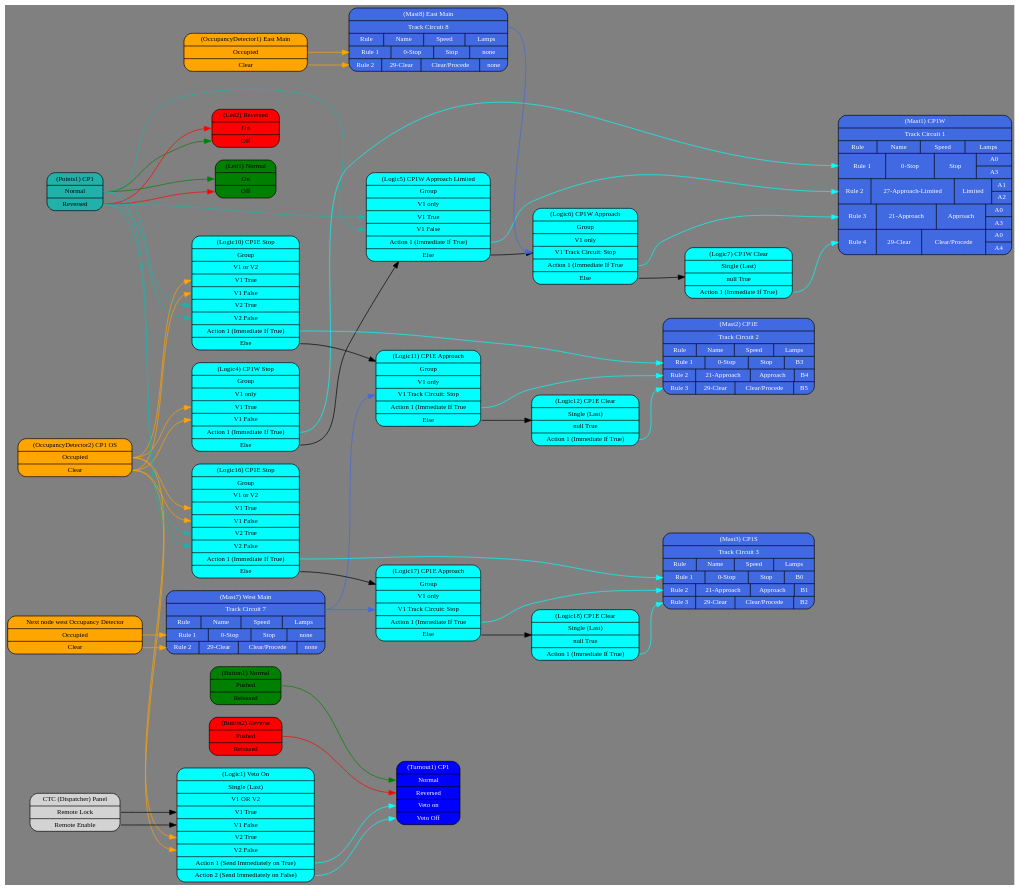
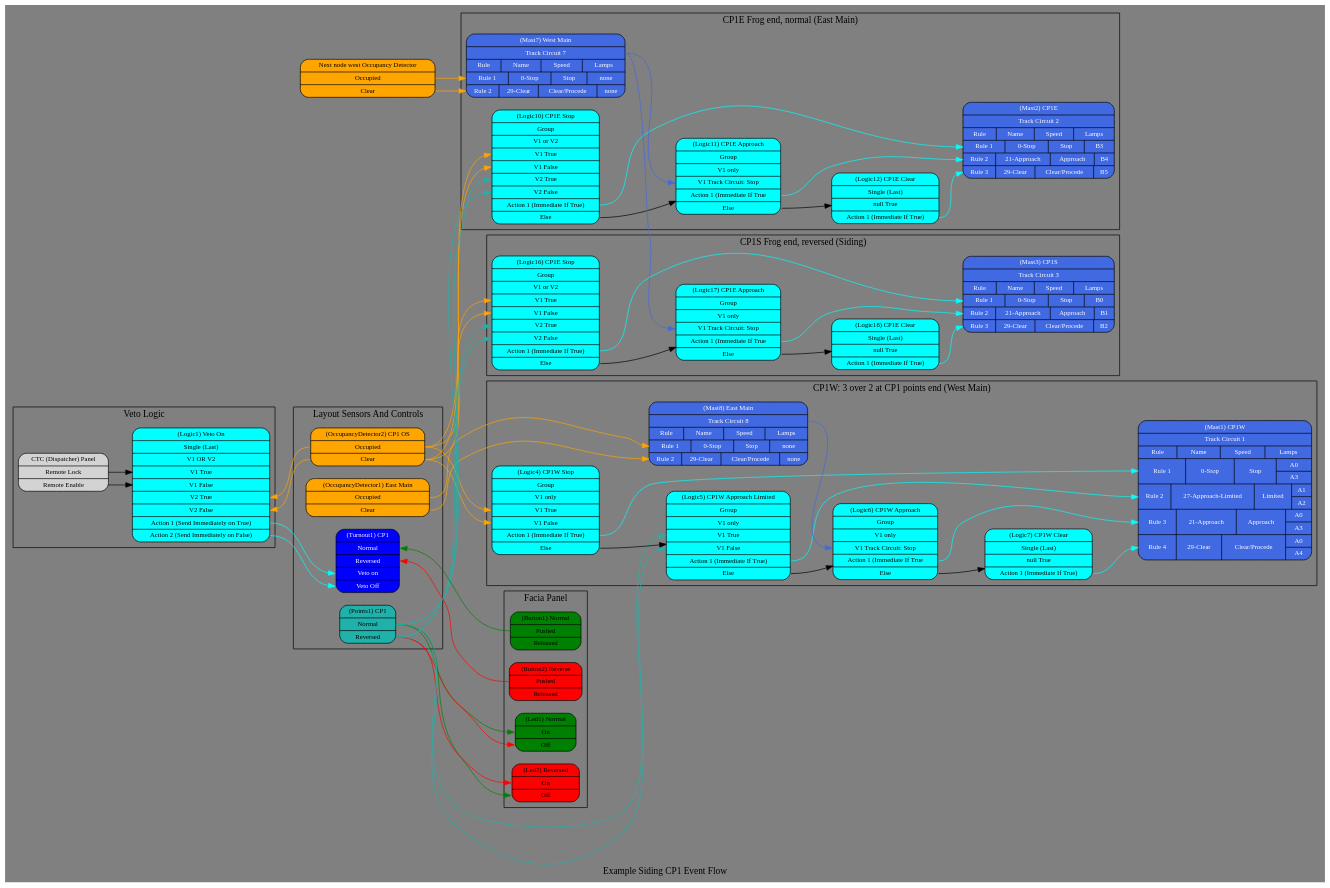
The diagram in ESP32-T7S3-MultiFunctionUniversalTurnout/KitBooklet/ExampleSidingCP1_EventFlow.gv (RobertPHeller/ESP32-LCC), drawn with Graphviz before and after one commit.

Commit message:
Update ExampleSidingCP1_EventFlow: add subgraph clusters and graph and cluster labels.

```diff
--- a/ESP32-T7S3-MultiFunctionUniversalTurnout/KitBooklet/ExampleSidingCP1_EventFlow.gv
+++ b/ESP32-T7S3-MultiFunctionUniversalTurnout/KitBooklet/ExampleSidingCP1_EventFlow.gv
@@ -1,115 +1,135 @@
-digraph G {
+digraph ExampleSidingCP1_EventFlow {
+    label="Example Siding CP1 Event Flow";
     bgcolor="gray";
     rankdir=LR;
     /*nodesep=0.5;*/
     node [shape=Mrecord, style="filled"];
-    /* Occupancy Detectors */
-    OC1 [fontsize="10", fillcolor="orange", 
-        label ="(OccupancyDetector1) East Main|<occupied> Occupied|<clear> Clear"];
-    OC2 [fontsize="10", fillcolor="orange", 
-        label ="(OccupancyDetector2) CP1 OS|<occupied> Occupied|<clear> Clear"];
-    /* Turnout motors */
-    Turnout1 [fontsize="10", fillcolor="blue", fontcolor="white",
-        label ="(Turnout1) CP1|<normal> Normal|<reversed> Reversed|<veto> Veto on|<enable> Veto Off"];
-    /* Turnout Points */
-    Points1 [fontsize="10", fillcolor="LightSeaGreen", 
-        label ="(Points1) CP1|<normal> Normal|<reversed> Reversed"];
+    subgraph clusterSensorsAndControls {
+        label="Layout Sensors And Controls";
+        /* Occupancy Detectors */
+        OC1 [fontsize="10", fillcolor="orange", 
+            label ="(OccupancyDetector1) East Main|<occupied> Occupied|<clear> Clear"];
+        OC2 [fontsize="10", fillcolor="orange", 
+            label ="(OccupancyDetector2) CP1 OS|<occupied> Occupied|<clear> Clear"];
+        /* Turnout motors */
+        Turnout1 [fontsize="10", fillcolor="blue", fontcolor="white",
+            label ="(Turnout1) CP1|<normal> Normal|<reversed> Reversed|<veto> Veto on|<enable> Veto Off"];
+        /* Turnout Points */
+        Points1 [fontsize="10", fillcolor="LightSeaGreen", 
+            label ="(Points1) CP1|<normal> Normal|<reversed> Reversed"];
+    }
     /* Facia Panel */
-    /* Buttons */
-    button1 [fontsize="10", fillcolor="green", label ="(Button1) Normal|<on> Pushed|<off> Released"];
-    button2 [fontsize="10", fillcolor="red", label ="(Button2) Reverse|<on> Pushed|<off> Released"];
-    /* LEDs */
-    led1 [fontsize="10", fillcolor="green", label ="(Led1) Normal|<on> On|<off> Off"];
-    led2 [fontsize="10", fillcolor="red",   label ="(Led2) Reversed|<on> On|<off> Off"];
-    button1:on -> Turnout1:normal   [color="green"];
-    button2:on -> Turnout1:reversed [color="red"];
-    Points1:normal -> led1:on [color="green"];
-    Points1:normal -> led2:off [color="green"];
-    Points1:reversed -> led1:off [color="red"];
-    Points1:reversed -> led2:on [color="red"];
-
+    subgraph clusterFaciaPanel {
+        label="Facia Panel";
+        /* Buttons */   
+        button1 [fontsize="10", fillcolor="green", label ="(Button1) Normal|<on> Pushed|<off> Released"];
+        button2 [fontsize="10", fillcolor="red", label ="(Button2) Reverse|<on> Pushed|<off> Released"];
+        /* LEDs */
+        led1 [fontsize="10", fillcolor="green", label ="(Led1) Normal|<on> On|<off> Off"];
+        led2 [fontsize="10", fillcolor="red",   label ="(Led2) Reversed|<on> On|<off> Off"];
+        button1:on -> Turnout1:normal   [color="green"];
+        button2:on -> Turnout1:reversed [color="red"];
+        Points1:normal -> led1:on [color="green"];
+        Points1:normal -> led2:off [color="green"];
+        Points1:reversed -> led1:off [color="red"];
+        Points1:reversed -> led2:on [color="red"];
+    }
     /* Veto Logic */
-    Logic1 [fontsize="10", fillcolor="cyan", 
-           label ="(Logic1) Veto On|Single (Last)|V1 OR V2|<V1True> V1 True|<V1False> V1 False|<V2True> V2 True|<V2False> V2 False|<A1> Action 1 (Send Immediately on True)|<A2> Action 2 (Send Immediately on False)"];    
-    OC2:occupied -> Logic1:V2True   [color="orange"];
-    OC2:clear    -> Logic1:V2False  [color="orange"];
-    Logic1:A1    -> Turnout1:veto   [color="cyan"];
-    Logic1:A2    -> Turnout1:enable [color="cyan"];
+    subgraph clusterVetoLogic {
+        label="Veto Logic";
+        Logic1 [fontsize="10", fillcolor="cyan", 
+               label ="(Logic1) Veto On|Single (Last)|V1 OR V2|<V1True> V1 True|<V1False> V1 False|<V2True> V2 True|<V2False> V2 False|<A1> Action 1 (Send Immediately on True)|<A2> Action 2 (Send Immediately on False)"];    
+        OC2:occupied -> Logic1:V2True   [color="orange"];
+        OC2:clear    -> Logic1:V2False  [color="orange"];
+        Logic1:A1    -> Turnout1:veto   [color="cyan"];
+        Logic1:A2    -> Turnout1:enable [color="cyan"];
     
+        CTCPanel [fontsize="10",
+            label ="CTC (Dispatcher) Panel|<lock> Remote Lock|<unlock> Remote Enable"];
+        CTCPanel:lock -> Logic1:V1True;
+        CTCPanel:unlock -> Logic1:V1False;
+    }
     /* Signal Masts */
     
     /* CP1W: (Mast 1) 3 over 2 at CP1 points end (West Main) */
-    Mast1 [fontsize="10", fillcolor="RoyalBlue", fontcolor="white",
-        label ="(Mast1) CP1W|<circuit>Track Circuit 1|{Rule|Name|Speed|Lamps}|{<R1>Rule 1|0-Stop|Stop|{A0|A3}}|{<R2>Rule 2|27-Approach-Limited|Limited|{A1|A2}}|{<R3>Rule 3|21-Approach|Approach|{A0|A3}}|{<R4>Rule 4|29-Clear|Clear/Procede|{A0|A4}}"];
-    /* CP1W Signal Logic */
-    Logic4 [fontsize="10", fillcolor="cyan",
-        label ="(Logic4) CP1W Stop|Group|V1 only|<V1True> V1 True|<V1False> V1 False|<A1> Action 1 (Immediate If True)|<else> Else"];
-    OC2:occupied -> Logic4:V1True [color="orange"];
-    OC2:clear    -> Logic4:V1False [color="orange"];
-    Logic4:A1 -> Mast1:R1 [color="cyan"];
+    subgraph clusterCP1W {
+        label="CP1W: 3 over 2 at CP1 points end (West Main)";
+        Mast1 [fontsize="10", fillcolor="RoyalBlue", fontcolor="white",
+            label ="(Mast1) CP1W|<circuit>Track Circuit 1|{Rule|Name|Speed|Lamps}|{<R1>Rule 1|0-Stop|Stop|{A0|A3}}|{<R2>Rule 2|27-Approach-Limited|Limited|{A1|A2}}|{<R3>Rule 3|21-Approach|Approach|{A0|A3}}|{<R4>Rule 4|29-Clear|Clear/Procede|{A0|A4}}"];
+        /* CP1W Signal Logic */
+        Logic4 [fontsize="10", fillcolor="cyan",
+            label ="(Logic4) CP1W Stop|Group|V1 only|<V1True> V1 True|<V1False> V1 False|<A1> Action 1 (Immediate If True)|<else> Else"];
+        OC2:occupied -> Logic4:V1True [color="orange"];
+        OC2:clear    -> Logic4:V1False [color="orange"];
+        Logic4:A1 -> Mast1:R1 [color="cyan"];
 
-    Logic5 [fontsize="10", fillcolor="cyan",
-        label ="(Logic5) CP1W Approach Limited|Group|V1 only|<V1True> V1 True|<V1False> V1 False|<A1> Action 1 (Immediate If True)|<else> Else"];
-    Logic4:else -> Logic5;
-    Points1:reversed -> Logic5:V1True [color="LightSeaGreen"];
-    Points1:normal   -> Logic5:V1False [color="LightSeaGreen"];
-    Logic5:A1 -> Mast1:R2 [color="cyan"];
+        Logic5 [fontsize="10", fillcolor="cyan",
+            label ="(Logic5) CP1W Approach Limited|Group|V1 only|<V1True> V1 True|<V1False> V1 False|<A1> Action 1 (Immediate If True)|<else> Else"];
+        Logic4:else -> Logic5;
+        Points1:reversed -> Logic5:V1True [color="LightSeaGreen"];
+        Points1:normal   -> Logic5:V1False [color="LightSeaGreen"];
+        Logic5:A1 -> Mast1:R2 [color="cyan"];
 
-    Logic6 [fontsize="10", fillcolor="cyan", 
-         label ="(Logic6) CP1W Approach|Group|V1 only|<V1Circuit> V1 Track Circuit: Stop|<A1> Action 1 (Immediate If True|<else> Else"];
-    Logic5:else -> Logic6;
-    Mast8:circuit -> Logic6:V1Circuit [color="RoyalBlue"];
-    Logic6:A1 -> Mast1:R3 [color="cyan"];
+        Logic6 [fontsize="10", fillcolor="cyan", 
+            label ="(Logic6) CP1W Approach|Group|V1 only|<V1Circuit> V1 Track Circuit: Stop|<A1> Action 1 (Immediate If True|<else> Else"];
+        Logic5:else -> Logic6;
+        Mast8:circuit -> Logic6:V1Circuit [color="RoyalBlue"];
+        Logic6:A1 -> Mast1:R3 [color="cyan"];
 
-    Logic7 [fontsize="10", fillcolor="cyan", 
-        label ="(Logic7) CP1W Clear|Single (Last)|null True|<A1> Action 1 (Immediate If True)"];
-    Logic7:A1 -> Mast1:R4 [color="cyan"];
-    Logic6:else -> Logic7    
-
+        Logic7 [fontsize="10", fillcolor="cyan", 
+            label ="(Logic7) CP1W Clear|Single (Last)|null True|<A1> Action 1 (Immediate If True)"];
+        Logic7:A1 -> Mast1:R4 [color="cyan"];
+        Logic6:else -> Logic7    
+    }
+    
     /* CP1E (Mast 2) Frog end, normal (East Main) */
-    Mast2 [fontsize="10", fillcolor="RoyalBlue", fontcolor="white",
-        label ="(Mast2) CP1E|<circuit>Track Circuit 2|{Rule|Name|Speed|Lamps}|{<R1>Rule 1|0-Stop|Stop|B3}|{<R2>Rule 2|21-Approach|Approach|B4}|{<R3>Rule 3|29-Clear|Clear/Procede|B5}"];
-    Logic10 [fontsize="10", fillcolor="cyan",
-        label ="(Logic10) CP1E Stop|Group|V1 or V2|<V1True> V1 True|<V1False> V1 False|<V2True> V2 True|<V2False> V2 False|<A1> Action 1 (Immediate If True)|<else> Else"];
-    OC2:occupied -> Logic10:V1True [color="orange"];
-    OC2:clear    -> Logic10:V1False [color="orange"];
-    Points1:normal -> Logic10:V2False [color="LightSeaGreen"];
-    Points1:reversed -> Logic10:V2True [color="LightSeaGreen"];
-    Logic10:A1 -> Mast2:R1 [color="cyan"];
-    
-    Logic11 [fontsize="10", fillcolor="cyan",
-        label ="(Logic11) CP1E Approach|Group|V1 only|<V1Circuit> V1 Track Circuit: Stop|<A1> Action 1 (Immediate If True|<else> Else"];
-    Logic10:else -> Logic11;
-    Mast7:circuit -> Logic11:V1Circuit [color="RoyalBlue"];
-    Logic11:A1 -> Mast2:R2 [color="cyan"];
-    
-    Logic12 [fontsize="10", fillcolor="cyan",
-        label ="(Logic12) CP1E Clear|Single (Last)|null True|<A1> Action 1 (Immediate If True)"];
-    Logic12:A1 -> Mast2:R3 [color="cyan"];
-    Logic11:else -> Logic12;
-
+    subgraph clusterCP1E {
+        label="CP1E Frog end, normal (East Main)";
+        Mast2 [fontsize="10", fillcolor="RoyalBlue", fontcolor="white",
+            label ="(Mast2) CP1E|<circuit>Track Circuit 2|{Rule|Name|Speed|Lamps}|{<R1>Rule 1|0-Stop|Stop|B3}|{<R2>Rule 2|21-Approach|Approach|B4}|{<R3>Rule 3|29-Clear|Clear/Procede|B5}"];
+        Logic10 [fontsize="10", fillcolor="cyan",
+            label ="(Logic10) CP1E Stop|Group|V1 or V2|<V1True> V1 True|<V1False> V1 False|<V2True> V2 True|<V2False> V2 False|<A1> Action 1 (Immediate If True)|<else> Else"];
+        OC2:occupied -> Logic10:V1True [color="orange"];
+        OC2:clear    -> Logic10:V1False [color="orange"];
+        Points1:normal -> Logic10:V2False [color="LightSeaGreen"];
+        Points1:reversed -> Logic10:V2True [color="LightSeaGreen"];
+        Logic10:A1 -> Mast2:R1 [color="cyan"];
+        
+        Logic11 [fontsize="10", fillcolor="cyan",
+            label ="(Logic11) CP1E Approach|Group|V1 only|<V1Circuit> V1 Track Circuit: Stop|<A1> Action 1 (Immediate If True|<else> Else"];
+        Logic10:else -> Logic11;
+        Mast7:circuit -> Logic11:V1Circuit [color="RoyalBlue"];
+        Logic11:A1 -> Mast2:R2 [color="cyan"];
+        
+        Logic12 [fontsize="10", fillcolor="cyan",
+            label ="(Logic12) CP1E Clear|Single (Last)|null True|<A1> Action 1 (Immediate If True)"];
+        Logic12:A1 -> Mast2:R3 [color="cyan"];
+        Logic11:else -> Logic12;
+    }
     /* CP1S (Mast 3) Frog end, reversed (Siding) */
-    Mast3 [fontsize="10", fillcolor="RoyalBlue", fontcolor="white",
-        label ="(Mast3) CP1S|<circuit>Track Circuit 3|{Rule|Name|Speed|Lamps}|{<R1>Rule 1|0-Stop|Stop|B0}|{<R2>Rule 2|21-Approach|Approach|B1}|{<R3>Rule 3|29-Clear|Clear/Procede|B2}"];
-    Logic16 [fontsize="10", fillcolor="cyan",
-        label ="(Logic16) CP1E Stop|Group|V1 or V2|<V1True> V1 True|<V1False> V1 False|<V2True> V2 True|<V2False> V2 False|<A1> Action 1 (Immediate If True)|<else> Else"];
-    OC2:occupied -> Logic16:V1True [color="orange"];
-    OC2:clear    -> Logic16:V1False [color="orange"];
-    Points1:reversed -> Logic16:V2False [color="LightSeaGreen"];
-    Points1:normal -> Logic16:V2True [color="LightSeaGreen"];
-    Logic16:A1 -> Mast3:R1 [color="cyan"];
-    
-    Logic17 [fontsize="10", fillcolor="cyan",
-        label ="(Logic17) CP1E Approach|Group|V1 only|<V1Circuit> V1 Track Circuit: Stop|<A1> Action 1 (Immediate If True|<else> Else"];
-    Logic16:else -> Logic17;
-    Mast7:circuit -> Logic17:V1Circuit [color="RoyalBlue"];
-    Logic17:A1 -> Mast3:R2 [color="cyan"];
-    
-    Logic18 [fontsize="10", fillcolor="cyan",
-        label ="(Logic18) CP1E Clear|Single (Last)|null True|<A1> Action 1 (Immediate If True)"];
-    Logic18:A1 -> Mast3:R3 [color="cyan"];
-    Logic17:else -> Logic18;
-
+    subgraph clusterCP1S {
+        label="CP1S Frog end, reversed (Siding)";
+        Mast3 [fontsize="10", fillcolor="RoyalBlue", fontcolor="white",
+            label ="(Mast3) CP1S|<circuit>Track Circuit 3|{Rule|Name|Speed|Lamps}|{<R1>Rule 1|0-Stop|Stop|B0}|{<R2>Rule 2|21-Approach|Approach|B1}|{<R3>Rule 3|29-Clear|Clear/Procede|B2}"];
+        Logic16 [fontsize="10", fillcolor="cyan",
+            label ="(Logic16) CP1E Stop|Group|V1 or V2|<V1True> V1 True|<V1False> V1 False|<V2True> V2 True|<V2False> V2 False|<A1> Action 1 (Immediate If True)|<else> Else"];
+        OC2:occupied -> Logic16:V1True [color="orange"];
+        OC2:clear    -> Logic16:V1False [color="orange"];
+        Points1:reversed -> Logic16:V2False [color="LightSeaGreen"];
+        Points1:normal -> Logic16:V2True [color="LightSeaGreen"];
+        Logic16:A1 -> Mast3:R1 [color="cyan"];
+        
+        Logic17 [fontsize="10", fillcolor="cyan",
+            label ="(Logic17) CP1E Approach|Group|V1 only|<V1Circuit> V1 Track Circuit: Stop|<A1> Action 1 (Immediate If True|<else> Else"];
+        Logic16:else -> Logic17;
+        Mast7:circuit -> Logic17:V1Circuit [color="RoyalBlue"];
+        Logic17:A1 -> Mast3:R2 [color="cyan"];
+        
+        Logic18 [fontsize="10", fillcolor="cyan",
+            label ="(Logic18) CP1E Clear|Single (Last)|null True|<A1> Action 1 (Immediate If True)"];
+        Logic18:A1 -> Mast3:R3 [color="cyan"];
+        Logic17:else -> Logic18;
+    }
 
     /* West Main Virtual Mast */
     Mast7 [fontsize="10", fillcolor="RoyalBlue", fontcolor="white",
@@ -125,8 +145,4 @@
     WestNode:occupied -> Mast7:R1 [color="orange"];
     WestNode:clear    -> Mast7:R2 [color="orange"];
     
-    CTCPanel [fontsize="10",
-        label ="CTC (Dispatcher) Panel|<lock> Remote Lock|<unlock> Remote Enable"];
-    CTCPanel:lock -> Logic1:V1True;
-    CTCPanel:unlock -> Logic1:V1False;
 }
```
